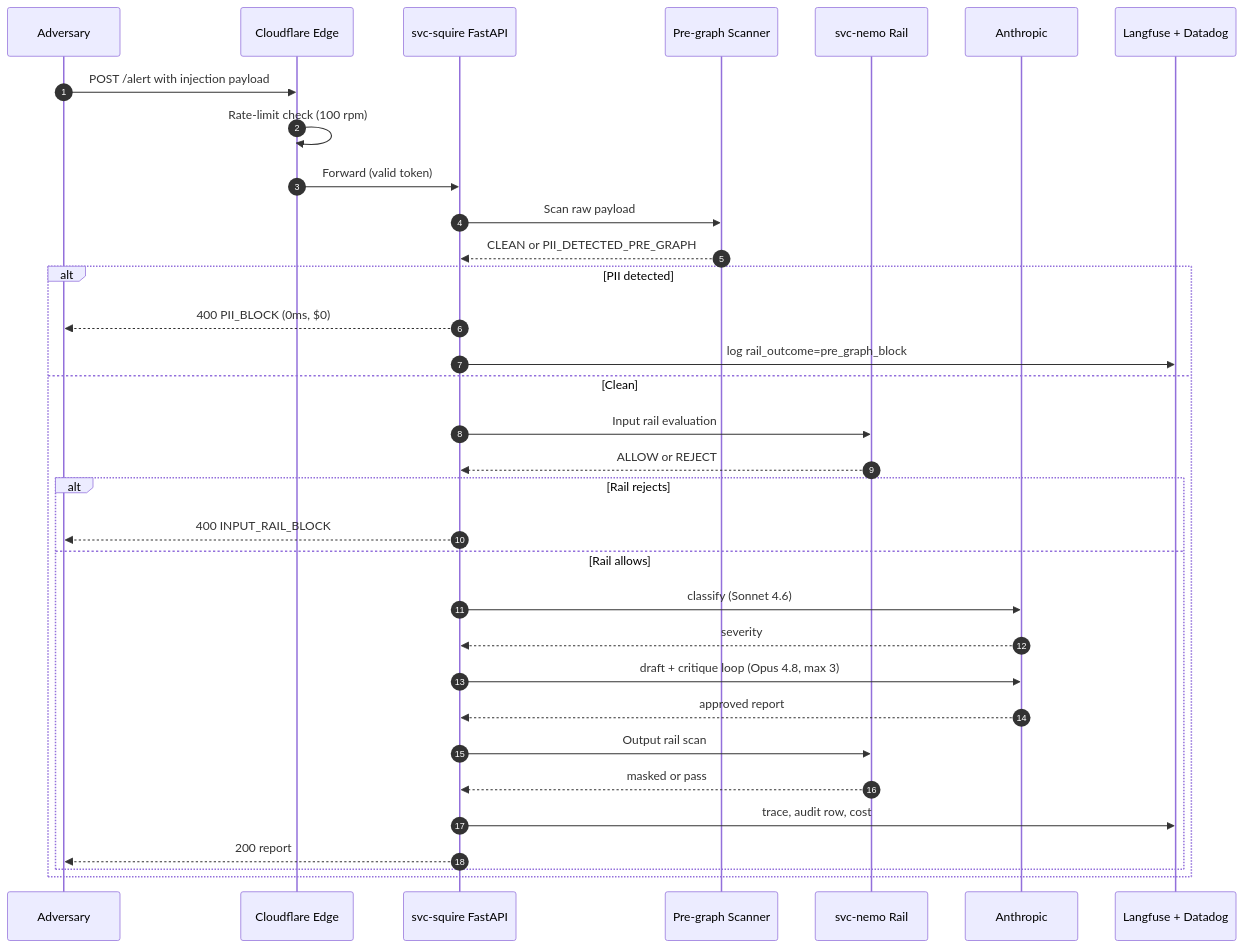
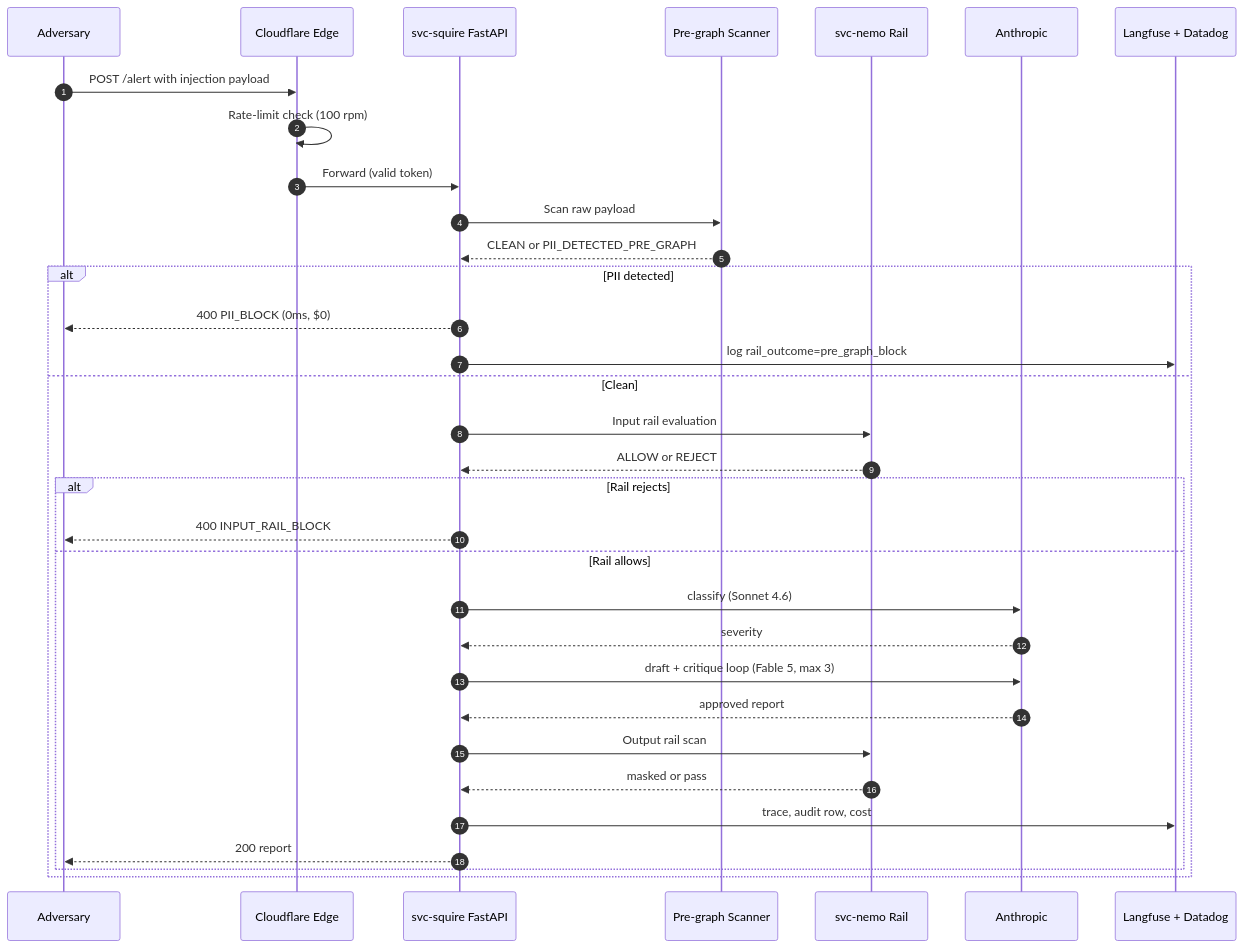
Before and after one commit to ET-sec/cyber-squire1: the second of 2 diagrams in docs/grc/SQUIRE_THREAT_MODEL.md, drawn with Mermaid. The commit also changed other lines of this file and 52 other files, not shown here.

````diff
--- a/docs/grc/SQUIRE_THREAT_MODEL.md
+++ b/docs/grc/SQUIRE_THREAT_MODEL.md
@@ -371,36 +371,36 @@
 ```mermaid
 sequenceDiagram
     autonumber
     participant Adv as Adversary
     participant Edge as Cloudflare Edge
     participant API as svc-squire FastAPI
     participant PG as Pre-graph Scanner
     participant Rail as svc-nemo Rail
     participant LLM as Anthropic
     participant Obs as Langfuse + Datadog
 
     Adv->>Edge: POST /alert with injection payload
     Edge->>Edge: Rate-limit check (100 rpm)
     Edge->>API: Forward (valid token)
     API->>PG: Scan raw payload
     PG-->>API: CLEAN or PII_DETECTED_PRE_GRAPH
     alt PII detected
         API-->>Adv: 400 PII_BLOCK (0ms, $0)
         API->>Obs: log rail_outcome=pre_graph_block
     else Clean
         API->>Rail: Input rail evaluation
         Rail-->>API: ALLOW or REJECT
         alt Rail rejects
             API-->>Adv: 400 INPUT_RAIL_BLOCK
         else Rail allows
             API->>LLM: classify (Sonnet 4.6)
             LLM-->>API: severity
-            API->>LLM: draft + critique loop (Opus 4.8, max 3)
+            API->>LLM: draft + critique loop (Fable 5, max 3)
             LLM-->>API: approved report
             API->>Rail: Output rail scan
             Rail-->>API: masked or pass
             API->>Obs: trace, audit row, cost
             API-->>Adv: 200 report
         end
     end
 ```
````
